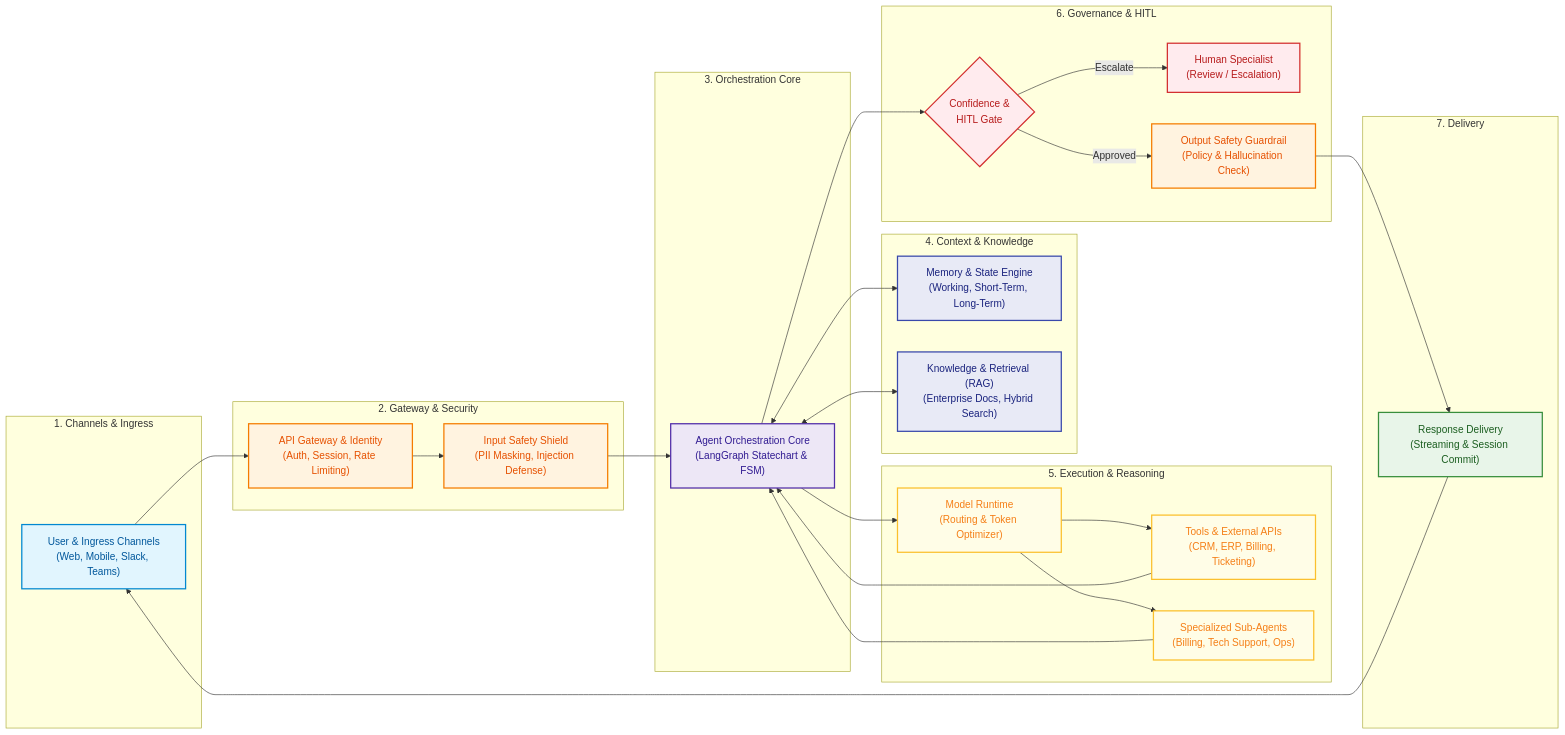
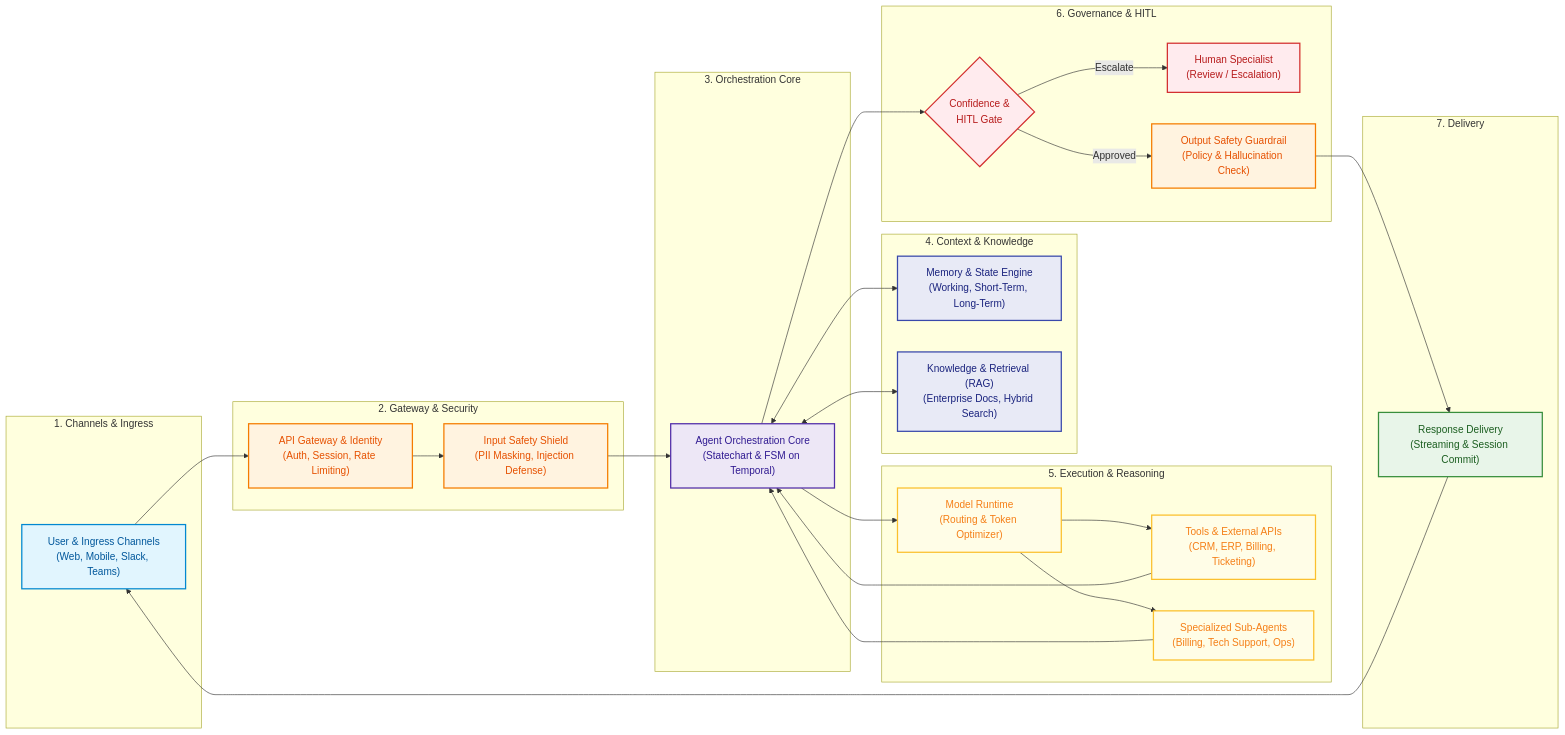
The diagram in README.md (MilapV444/Enterprise-Support-Agent), drawn with Mermaid before and after one commit. The commit also changed other lines of this file and 22 other files, not shown here.

````diff
--- a/README.md
+++ b/README.md
@@ -30,56 +30,56 @@
 ```mermaid
 flowchart LR
     %% Styles
     classDef clientStyle fill:#e1f5fe,stroke:#0288d1,stroke-width:2px,color:#01579b;
     classDef safetyStyle fill:#fff3e0,stroke:#f57c00,stroke-width:2px,color:#e65100;
     classDef brainStyle fill:#ede7f6,stroke:#512da8,stroke-width:2px,color:#311b92;
     classDef contextStyle fill:#e8eaf6,stroke:#3949ab,stroke-width:2px,color:#1a237e;
     classDef execStyle fill:#fffde7,stroke:#fbc02d,stroke-width:2px,color:#f57f17;
     classDef hitlStyle fill:#ffebee,stroke:#d32f2f,stroke-width:2px,color:#b71c1c;
     classDef deliveryStyle fill:#e8f5e9,stroke:#388e3c,stroke-width:2px,color:#1b5e20;
 
     subgraph S1["1. Channels & Ingress"]
         User["User & Ingress Channels\n(Web, Mobile, Slack, Teams)"]:::clientStyle
     end
 
     subgraph S2["2. Gateway & Security"]
         Gateway["API Gateway & Identity\n(Auth, Session, Rate Limiting)"]:::safetyStyle
         InputSafety["Input Safety Shield\n(PII Masking, Injection Defense)"]:::safetyStyle
     end
 
     subgraph S3["3. Orchestration Core"]
-        Orchestrator["Agent Orchestration Core\n(LangGraph Statechart & FSM)"]:::brainStyle
+        Orchestrator["Agent Orchestration Core\n(Statechart & FSM on Temporal)"]:::brainStyle
     end
 
     subgraph S4["4. Context & Knowledge"]
         Memory["Memory & State Engine\n(Working, Short-Term, Long-Term)"]:::contextStyle
         RAG["Knowledge & Retrieval (RAG)\n(Enterprise Docs, Hybrid Search)"]:::contextStyle
     end
 
     subgraph S5["5. Execution & Reasoning"]
         LLM["Model Runtime\n(Routing & Token Optimizer)"]:::execStyle
         Tools["Tools & External APIs\n(CRM, ERP, Billing, Ticketing)"]:::execStyle
         MultiAgent["Specialized Sub-Agents\n(Billing, Tech Support, Ops)"]:::execStyle
     end
 
     subgraph S6["6. Governance & HITL"]
         HITL{"Confidence &\nHITL Gate"}:::hitlStyle
         HumanSupport["Human Specialist\n(Review / Escalation)"]:::hitlStyle
         OutputSafety["Output Safety Guardrail\n(Policy & Hallucination Check)"]:::safetyStyle
     end
 
     subgraph S7["7. Delivery"]
         Delivery["Response Delivery\n(Streaming & Session Commit)"]:::deliveryStyle
     end
 
     User --> Gateway --> InputSafety --> Orchestrator
     Orchestrator <--> Memory
     Orchestrator <--> RAG
     Orchestrator --> LLM
     LLM --> Tools & MultiAgent
     Tools & MultiAgent --> Orchestrator
     Orchestrator --> HITL
     HITL -->|Escalate| HumanSupport
     HITL -->|Approved| OutputSafety
     OutputSafety --> Delivery --> User
 ```
````
